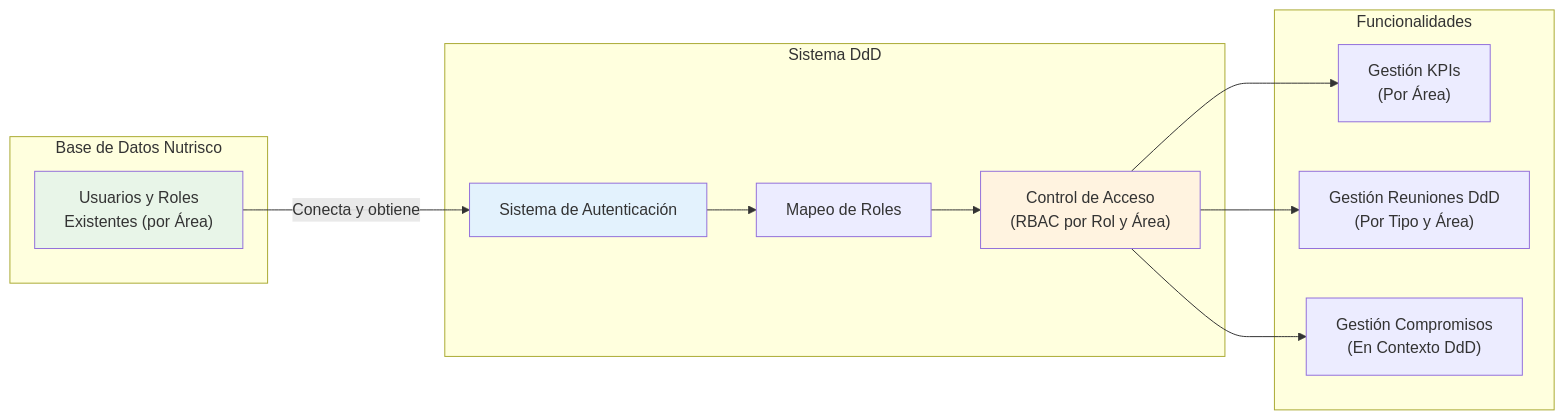
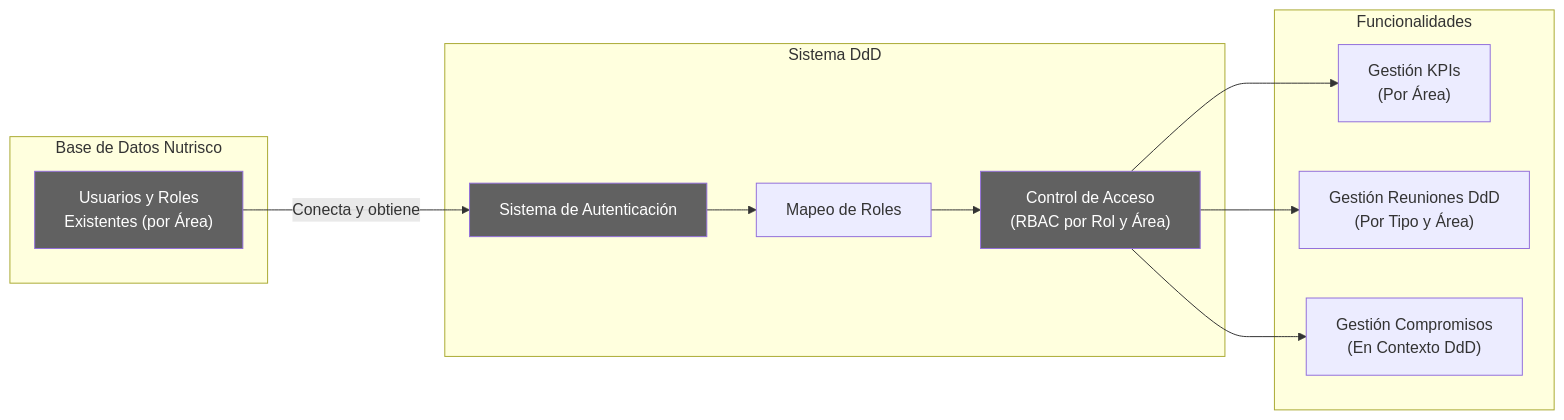
The sixth of 6 diagrams in readmeProductOwner.md (ColDev-Colivoro/Proyecto-Estandarizaci-n-normalizacion-Nutrisco), drawn with Mermaid before and after one commit. The commit also changed other lines of this file and 2 other files, not shown here.

Commit message:
refactor: update conceptual diagrams in README and executive documents for improved clarity and consistency in DdD system representation

````diff
--- a/readmeProductOwner.md
+++ b/readmeProductOwner.md
@@ -850,29 +869,29 @@
 ```mermaid
 graph LR
   subgraph "Base de Datos Nutrisco"
     DB_ACTUAL["Usuarios y Roles<br/>Existentes (por Área)"]
   end
   
   subgraph "Sistema DdD"
     AUTH["Sistema de Autenticación"]
     RBAC["Control de Acceso<br/>(RBAC por Rol y Área)"]
     MAPPING["Mapeo de Roles"]
   end
   
   subgraph "Funcionalidades"
     KPI_MGMT["Gestión KPIs<br/>(Por Área)"]
     MEETING_MGMT["Gestión Reuniones DdD<br/>(Por Tipo y Área)"]
     COMMITMENT_MGMT["Gestión Compromisos<br/>(En Contexto DdD)"]
   end
   
   DB_ACTUAL -->|"Conecta y obtiene"| AUTH
   AUTH --> MAPPING
   MAPPING --> RBAC
   RBAC --> KPI_MGMT
   RBAC --> MEETING_MGMT
   RBAC --> COMMITMENT_MGMT
   
-  style DB_ACTUAL fill:#e8f5e8
-  style AUTH fill:#e3f2fd
-  style RBAC fill:#fff3e0
+style DB_ACTUAL fill:#616161,color:#ffffff
+  style AUTH fill:#616161,color:#ffffff
+  style RBAC fill:#616161,color:#ffffff
 ```
````
